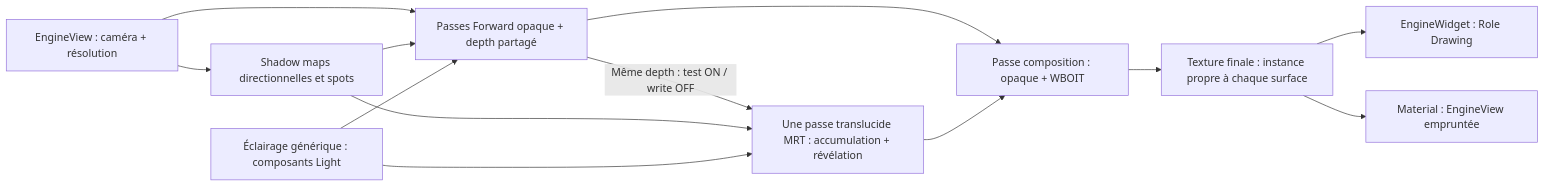
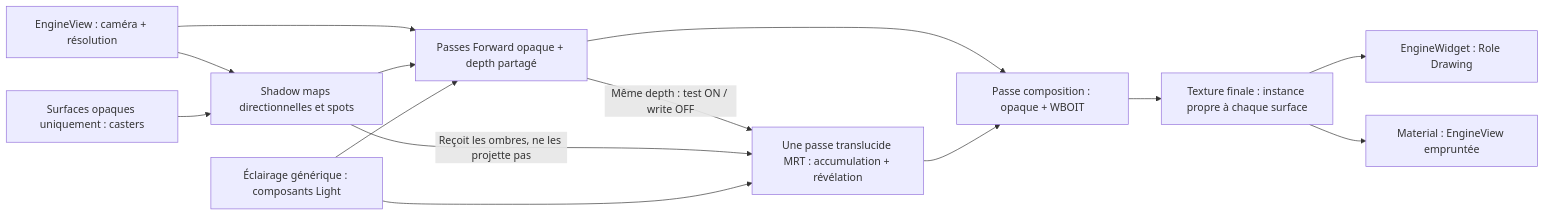
The tenth of 10 diagrams in docs/voxel-engine-v0.1.4-specification.md (EreliaStudio/Sparkle), drawn with Mermaid before and after one commit. The commit also changed other lines of this file, not shown here.

Commit message:
docs(v0.1.4): restrict shadow casters to opaque surfaces; allow translucent receivers

````diff
--- a/docs/voxel-engine-v0.1.4-specification.md
+++ b/docs/voxel-engine-v0.1.4-specification.md
@@ -901,15 +905,16 @@
 ```mermaid
 flowchart LR
   S["EngineView : caméra + résolution"] --> Shadow["Shadow maps directionnelles et spots"]
+  Casters["Surfaces opaques uniquement : casters"] --> Shadow
   S --> Opaque["Passes Forward opaque + depth partagé"]
   Shadow --> Opaque
   Opaque -->|"Même depth : test ON / write OFF"| Trans["Une passe translucide MRT : accumulation + révélation"]
-  Shadow --> Trans
+  Shadow -->|"Reçoit les ombres, ne les projette pas"| Trans
   Opaque --> Compose["Passe composition : opaque + WBOIT"]
   Trans --> Compose
   Compose --> Tex["Texture finale : instance propre à chaque surface"]
   Tex --> Main["EngineWidget : Role Drawing"]
   Tex --> Other["Material : EngineView empruntée"]
   L["Éclairage générique : composants Light"] --> Opaque
   L --> Trans
 ```
````
